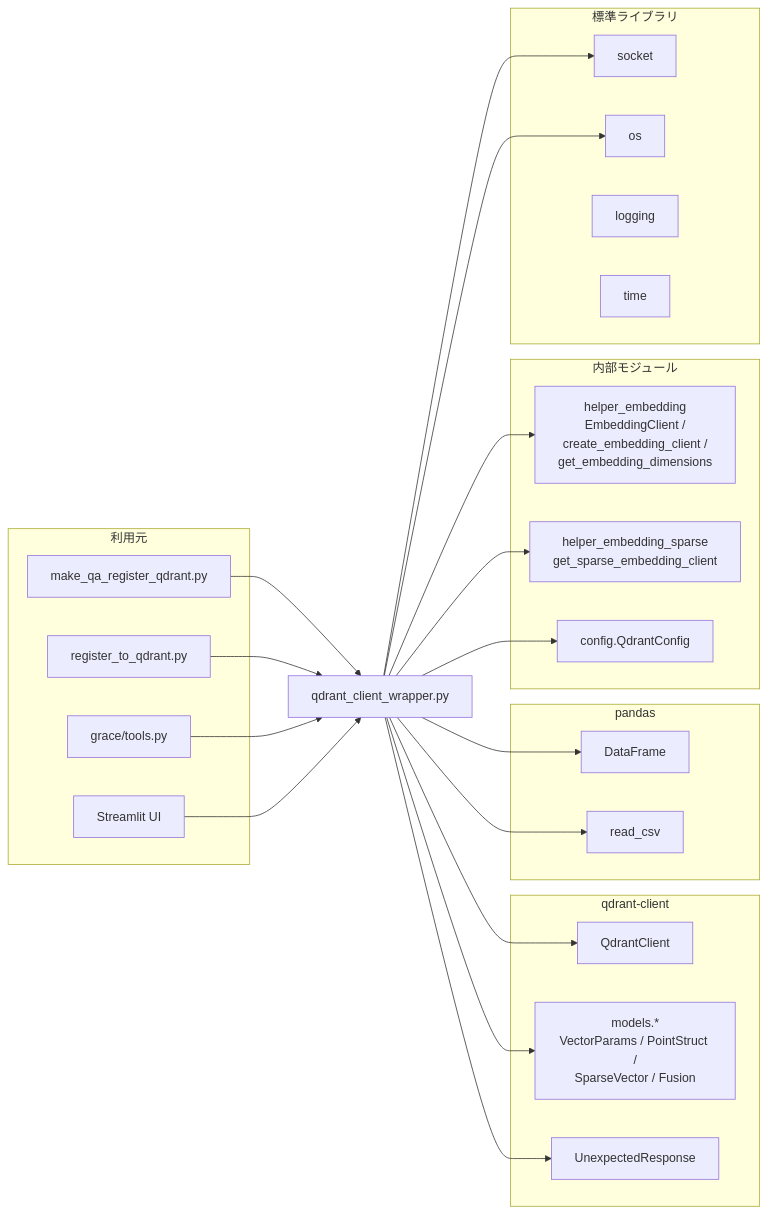
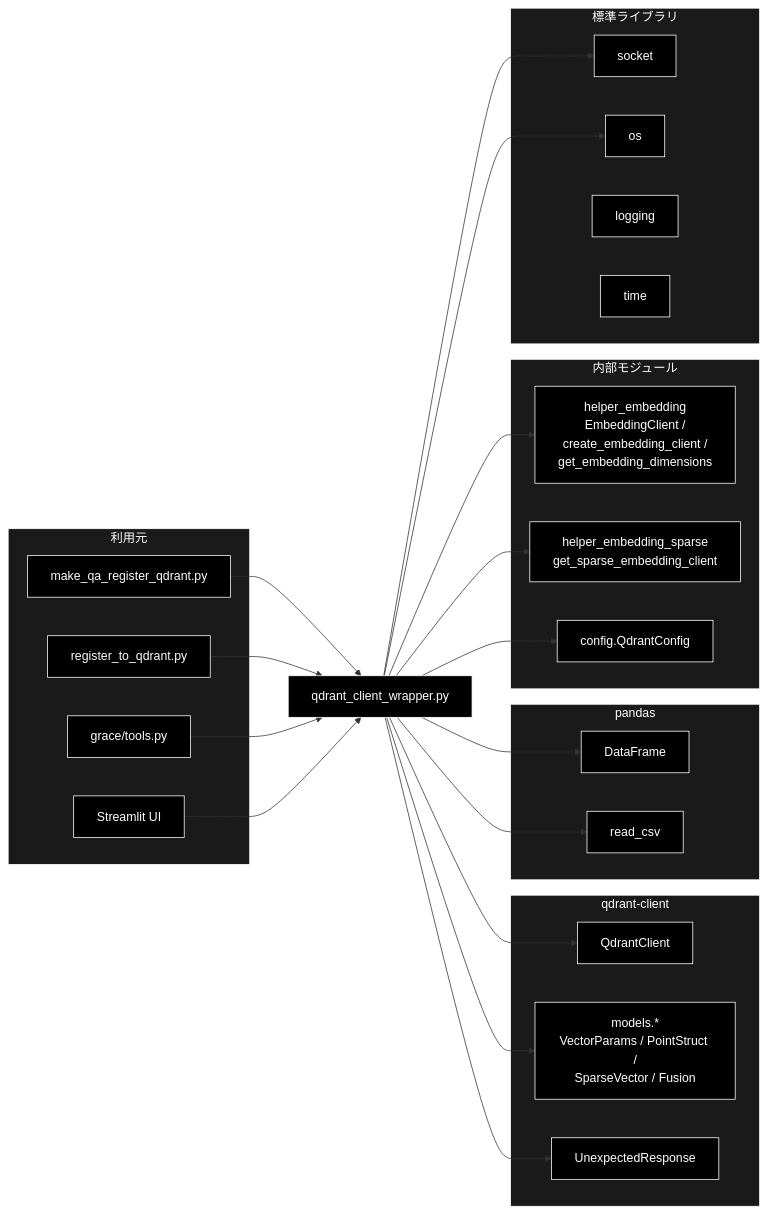
Before and after one commit to nakashima2toshio/ollama_grace_agent_v2: the fourth of 4 diagrams in ui/doc/qdrant_client_wrapper.md, drawn with Mermaid. The commit also changed other lines of this file and 10 other files, not shown here.

````diff
--- a/ui/doc/qdrant_client_wrapper.md
+++ b/ui/doc/qdrant_client_wrapper.md
@@ -1562,51 +1588,59 @@
 ```mermaid
 flowchart LR
     WRAPPER[qdrant_client_wrapper.py]
 
     subgraph QDRANT_LIB["qdrant-client"]
         QC[QdrantClient]
         QM[models.*<br/>VectorParams / PointStruct /<br/>SparseVector / Fusion]
         QE[UnexpectedResponse]
     end
 
     subgraph PANDAS["pandas"]
         DF[DataFrame]
         READ_CSV[read_csv]
     end
 
     subgraph HELPER["内部モジュール"]
         HE[helper_embedding<br/>EmbeddingClient /<br/>create_embedding_client /<br/>get_embedding_dimensions]
         HS[helper_embedding_sparse<br/>get_sparse_embedding_client]
         CFG[config.QdrantConfig]
     end
 
     subgraph STDLIB["標準ライブラリ"]
         SOCKET[socket]
         OS[os]
         LOGGING[logging]
         TIME[time]
     end
 
     WRAPPER --> QC
     WRAPPER --> QM
     WRAPPER --> QE
     WRAPPER --> DF
     WRAPPER --> READ_CSV
     WRAPPER --> HE
     WRAPPER --> HS
     WRAPPER --> CFG
     WRAPPER --> SOCKET
     WRAPPER --> OS
 
     subgraph CALLERS["利用元"]
         C1[make_qa_register_qdrant.py]
         C2[register_to_qdrant.py]
         C3[grace/tools.py]
         C4[Streamlit UI]
     end
 
     C1 --> WRAPPER
     C2 --> WRAPPER
     C3 --> WRAPPER
     C4 --> WRAPPER
+classDef default fill:#000,stroke:#fff,color:#fff
+classDef subgraphStyle fill:#1a1a1a,stroke:#fff,color:#fff
+class WRAPPER,QC,QM,QE,DF,READ_CSV,HE,HS,CFG,SOCKET,OS,LOGGING,TIME,C1,C2,C3,C4 default
+style QDRANT_LIB fill:#1a1a1a,stroke:#fff,color:#fff
+style PANDAS fill:#1a1a1a,stroke:#fff,color:#fff
+style HELPER fill:#1a1a1a,stroke:#fff,color:#fff
+style STDLIB fill:#1a1a1a,stroke:#fff,color:#fff
+style CALLERS fill:#1a1a1a,stroke:#fff,color:#fff
 ```
````
